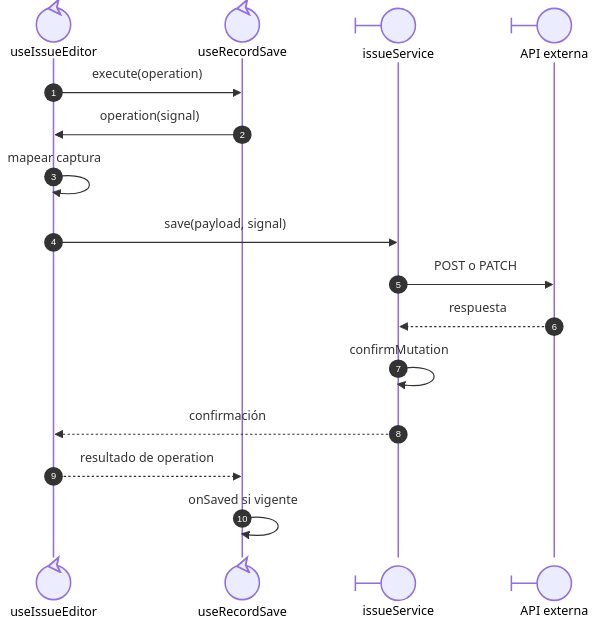
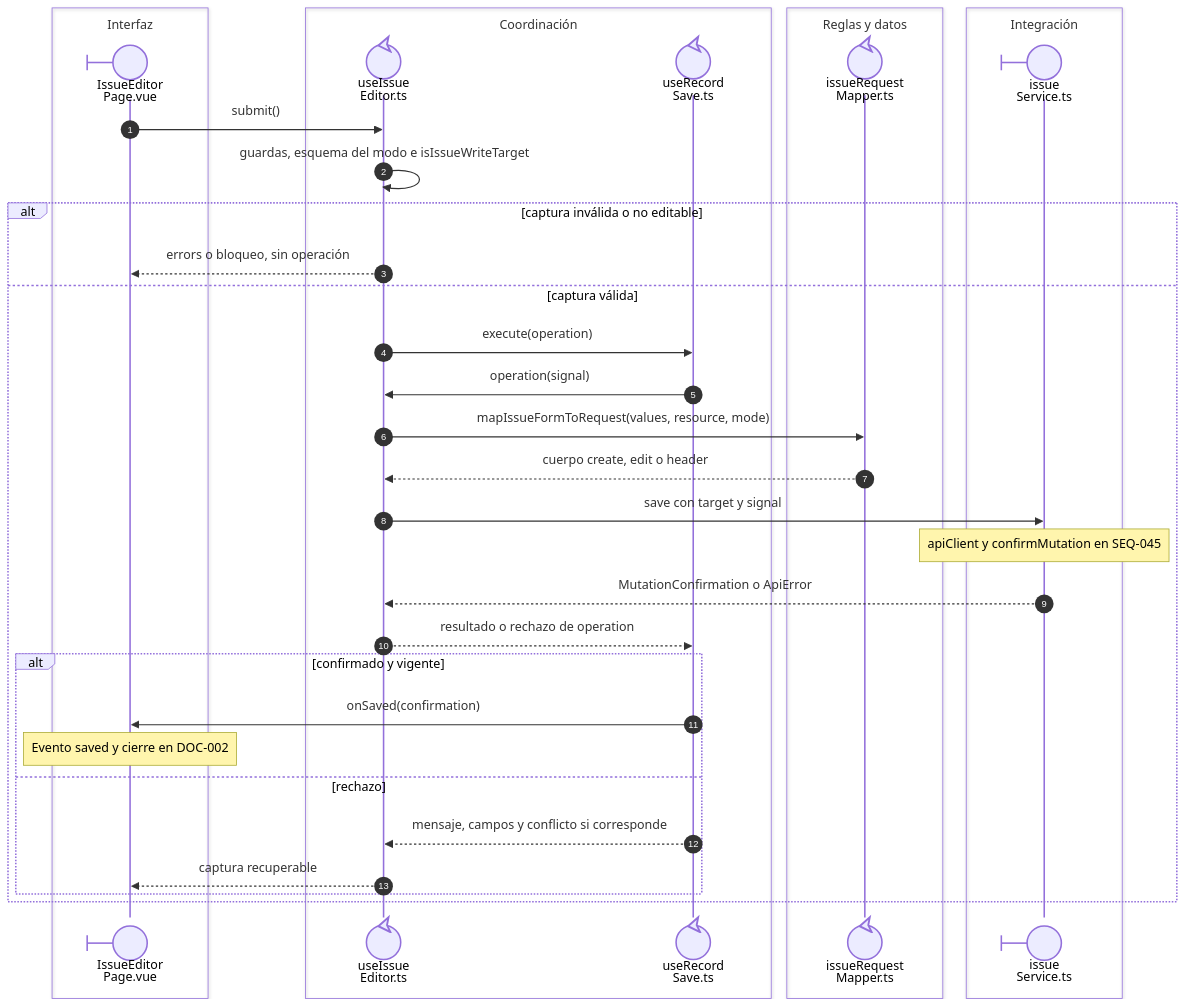
Before and after one commit to gpgsistemas01/nexus: the second of 2 diagrams in front/docs/architecture/views/processes/07-issues/01-issue-open-save.md, drawn with Mermaid. The commit also changed other lines of this file and 46 other files, not shown here.

Commit message:
docs: alinear secuencias Vue con participantes y callbacks reales

````diff
--- a/front/docs/architecture/views/processes/07-issues/01-issue-open-save.md
+++ b/front/docs/architecture/views/processes/07-issues/01-issue-open-save.md
@@ -55,18 +76,38 @@
 ```mermaid
 sequenceDiagram
     autonumber
-    participant Editor@{ "type": "control" } as useIssueEditor
-    participant Save@{ "type": "control" } as useRecordSave
-    participant Service@{ "type": "boundary" } as issueService
-    participant API@{ "type": "boundary" } as API externa
-    Editor->>Save: execute(operation)
-    Save->>Editor: operation(signal)
-    Editor->>Editor: mapear captura
-    Editor->>Service: save(payload, signal)
-    Service->>API: POST o PATCH
-    API-->>Service: respuesta
-    Service->>Service: confirmMutation
-    Service-->>Editor: confirmación
-    Editor-->>Save: resultado de operation
-    Save->>Save: onSaved si vigente
+    box Interfaz
+    participant Page@{ "type": "boundary" } as IssueEditor<br/>Page.vue
+    end
+    box Coordinación
+    participant Editor@{ "type": "control" } as useIssue<br/>Editor.ts
+    participant Save@{ "type": "control" } as useRecord<br/>Save.ts
+    end
+    box Reglas y datos
+    participant Mapper@{ "type": "control" } as issueRequest<br/>Mapper.ts
+    end
+    box Integración
+    participant Service@{ "type": "boundary" } as issue<br/>Service.ts
+    end
+    Page->>Editor: submit()
+    Editor->>Editor: guardas, esquema del modo e isIssueWriteTarget
+    alt captura inválida o no editable
+        Editor-->>Page: errors o bloqueo, sin operación
+    else captura válida
+        Editor->>Save: execute(operation)
+        Save->>Editor: operation(signal)
+        Editor->>Mapper: mapIssueFormToRequest(values, resource, mode)
+        Mapper-->>Editor: cuerpo create, edit o header
+        Editor->>Service: save con target y signal
+        Note over Service: apiClient y confirmMutation en SEQ-045
+        Service-->>Editor: MutationConfirmation o ApiError
+        Editor-->>Save: resultado o rechazo de operation
+        alt confirmado y vigente
+            Save->>Page: onSaved(confirmation)
+            Note over Page: Evento saved y cierre en DOC-002
+        else rechazo
+            Save-->>Editor: mensaje, campos y conflicto si corresponde
+            Editor-->>Page: captura recuperable
+        end
+    end
 ```
````
